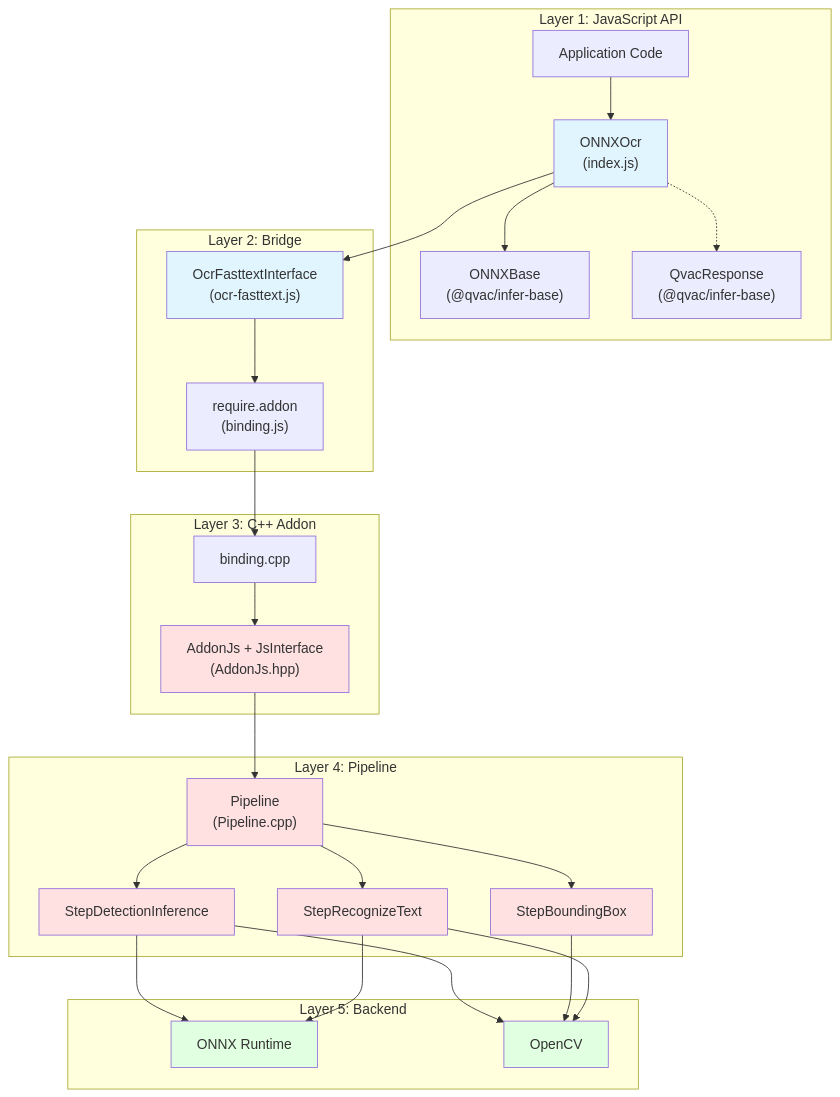
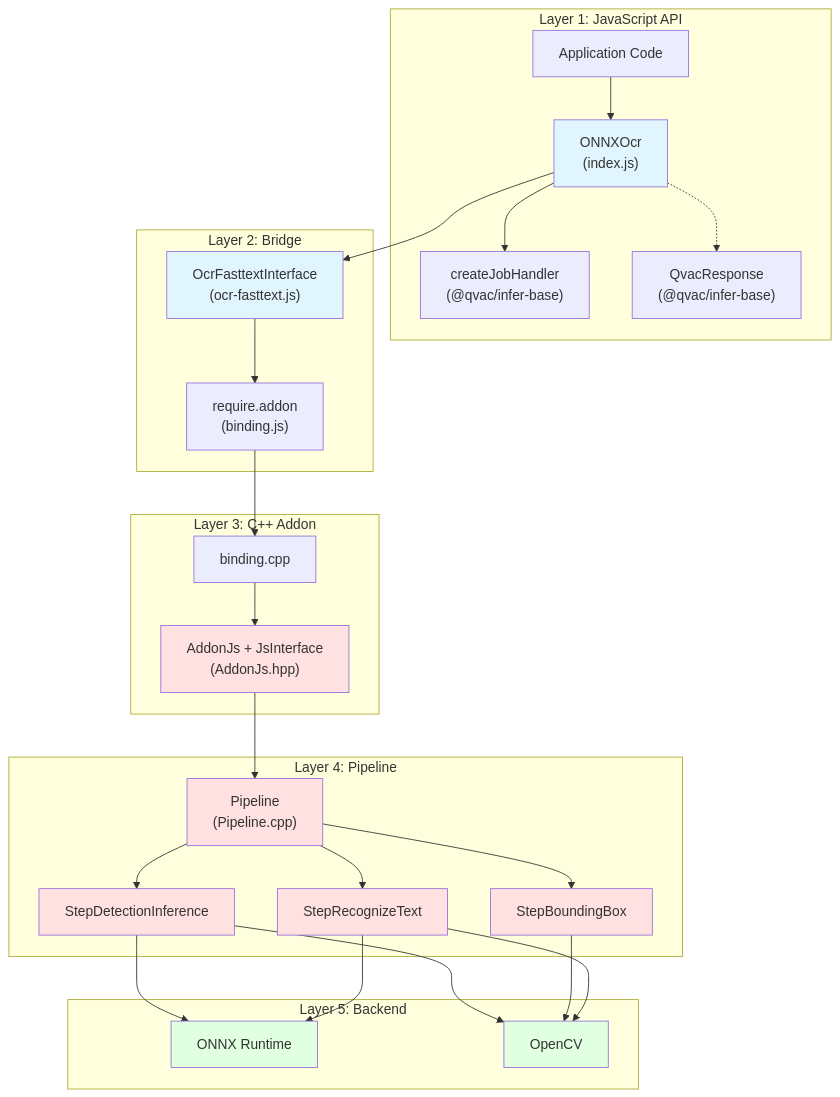
Before and after one commit to tetherto/qvac: the third of 4 diagrams in packages/ocr-onnx/docs/architecture.md, drawn with Mermaid. The commit also changed other lines of this file and 7 other files, not shown here.

First line of the commit message:
doc: refresh inference addon architecture docs

````diff
--- a/packages/ocr-onnx/docs/architecture.md
+++ b/packages/ocr-onnx/docs/architecture.md
@@ -219,61 +224,61 @@
 ```mermaid
 graph TB
     subgraph "Layer 1: JavaScript API"
         APP["Application Code"]
         OCRCLASS["ONNXOcr<br/>(index.js)"]
-        BASEINF["ONNXBase<br/>(@qvac/infer-base)"]
+        JOBH["createJobHandler<br/>(@qvac/infer-base)"]
         RESPONSE["QvacResponse<br/>(@qvac/infer-base)"]
     end
 
     subgraph "Layer 2: Bridge"
         OCRIF["OcrFasttextInterface<br/>(ocr-fasttext.js)"]
         BINDING["require.addon<br/>(binding.js)"]
     end
 
     subgraph "Layer 3: C++ Addon"
         ADDONJS["AddonJs + JsInterface<br/>(AddonJs.hpp)"]
         BINDCPP["binding.cpp"]
     end
 
     subgraph "Layer 4: Pipeline"
         PIPELINE["Pipeline<br/>(Pipeline.cpp)"]
         STEPDET["StepDetectionInference"]
         STEPBOX["StepBoundingBox"]
         STEPREC["StepRecognizeText"]
     end
 
     subgraph "Layer 5: Backend"
         ONNXRT["ONNX Runtime"]
         OCV["OpenCV"]
     end
 
     APP --> OCRCLASS
-    OCRCLASS --> BASEINF
+    OCRCLASS --> JOBH
     OCRCLASS --> OCRIF
     OCRCLASS -.-> RESPONSE
 
     OCRIF --> BINDING
     BINDING --> BINDCPP
     BINDCPP --> ADDONJS
 
     ADDONJS --> PIPELINE
     PIPELINE --> STEPDET
     PIPELINE --> STEPBOX
     PIPELINE --> STEPREC
 
     STEPDET --> ONNXRT
     STEPDET --> OCV
     STEPBOX --> OCV
     STEPREC --> ONNXRT
     STEPREC --> OCV
 
     style OCRCLASS fill:#e1f5ff
     style OCRIF fill:#e1f5ff
     style ADDONJS fill:#ffe1e1
     style PIPELINE fill:#ffe1e1
     style STEPDET fill:#ffe1e1
     style STEPBOX fill:#ffe1e1
     style STEPREC fill:#ffe1e1
     style ONNXRT fill:#e1ffe1
     style OCV fill:#e1ffe1
 ```
````
